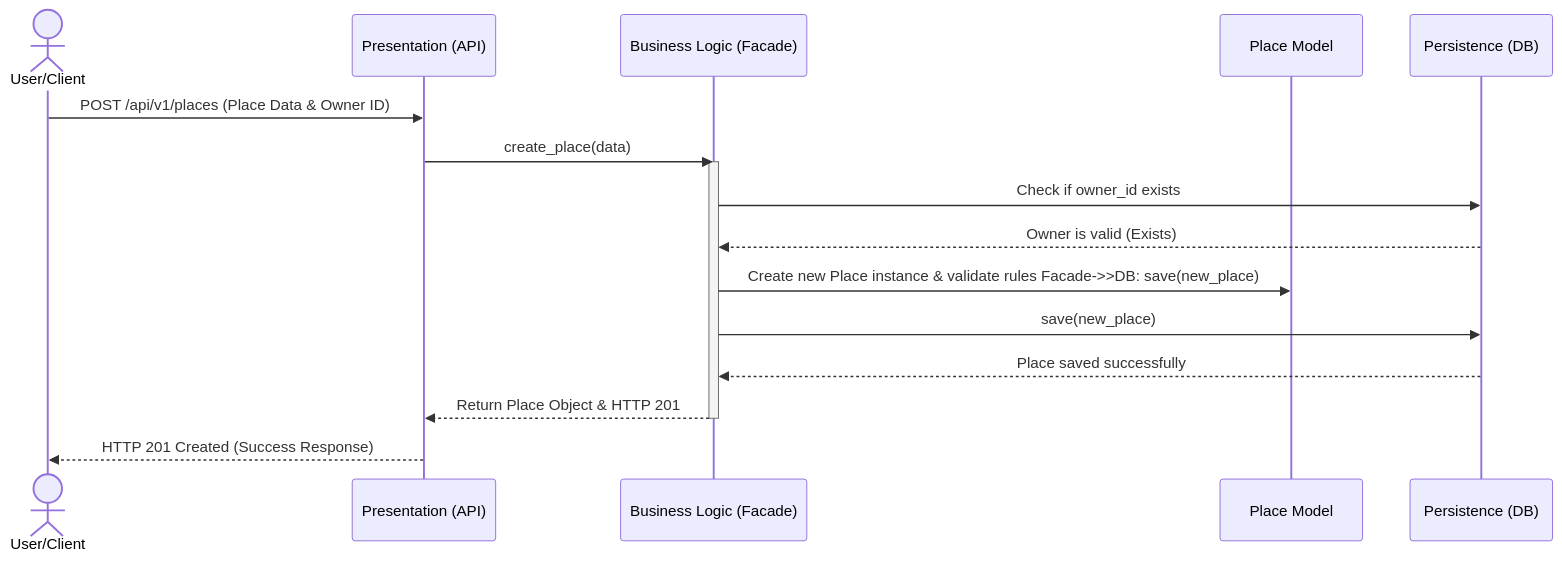
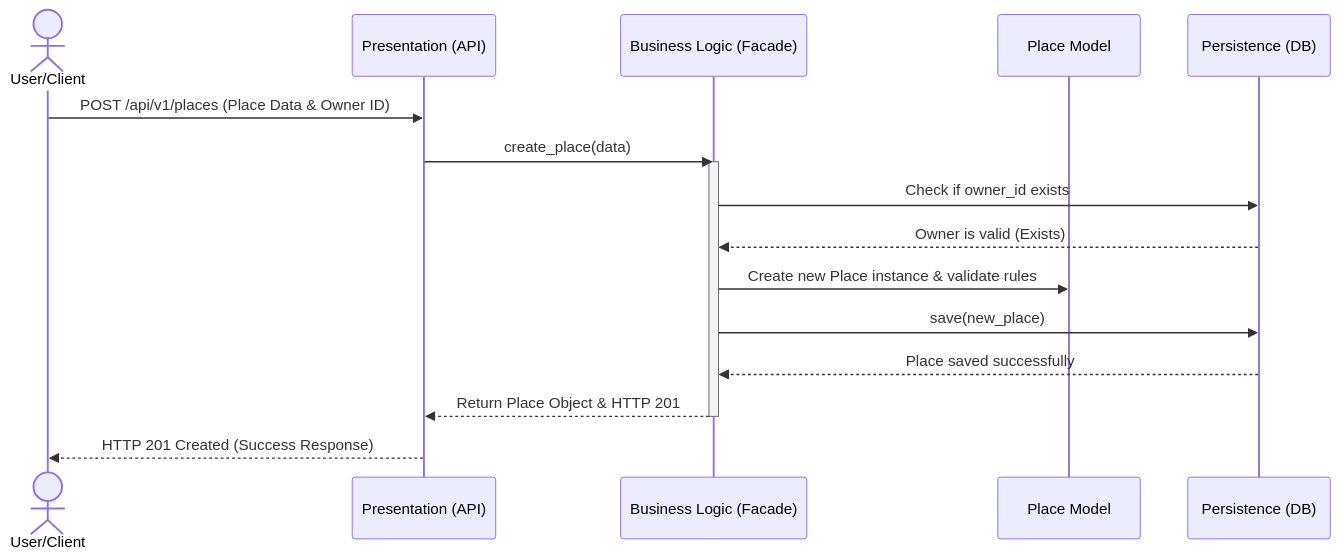
The second of 4 diagrams in part1/sequence_diagrams.md (areej-alghamdi/holbertonschool-hbnb), drawn with Mermaid before and after one commit.

````diff
--- a/part1/sequence_diagrams.md
+++ b/part1/sequence_diagrams.md
@@ -31,20 +31,20 @@
 ```mermaid
 sequenceDiagram
     actor Client as User/Client
     participant API as Presentation (API)
     participant Facade as Business Logic (Facade)
     participant PlaceModel as Place Model
     participant DB as Persistence (DB)
 
     Client->>API: POST /api/v1/places (Place Data & Owner ID)
     API->>Facade: create_place(data)
     activate Facade
     Facade->>DB: Check if owner_id exists
     DB-->>Facade: Owner is valid (Exists)
-    Facade->>PlaceModel: Create new Place instance & validate rules    Facade->>DB:     save(new_place)
+    Facade->>PlaceModel: Create new Place instance & validate rules
     Facade->>DB: save(new_place)
     DB-->>Facade: Place saved successfully
     Facade-->>API: Return Place Object & HTTP 201
     deactivate Facade
     API-->>Client: HTTP 201 Created (Success Response)
 ```
````
